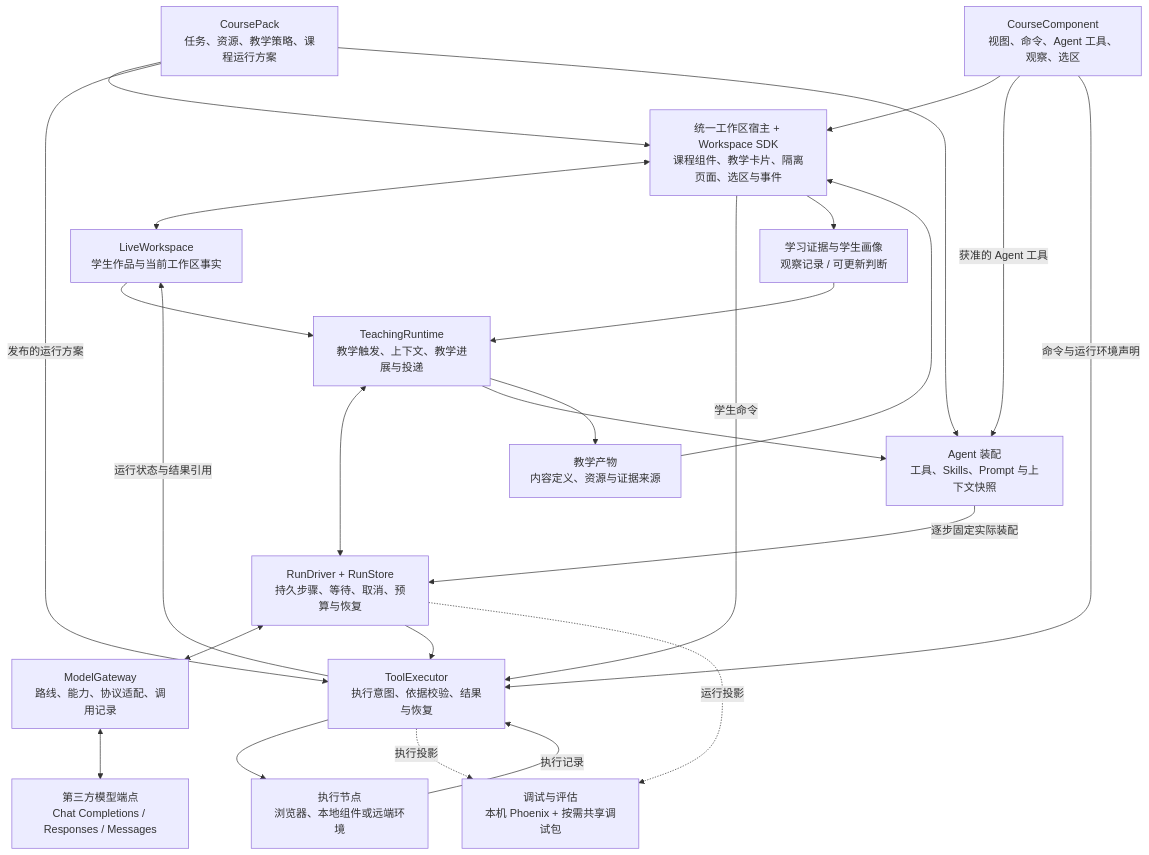
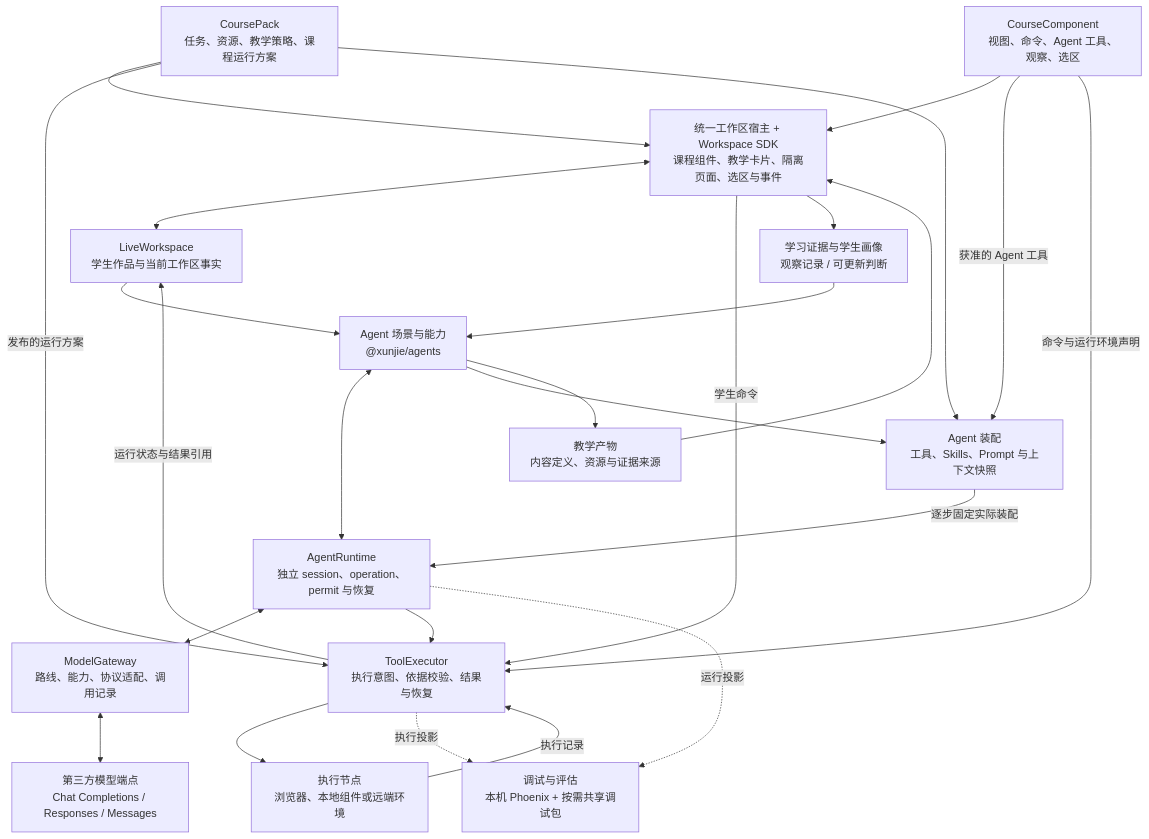
One commit to paher-din/XunJie changed the diagram in docs/student-agent-implementation/student-agent-architecture.md. Above: the diagram before and after it, drawn with Mermaid. The commit also changed other lines of this file and 513 other files, not shown here.

Commit message:
refactor: complete agent runtime migration

````diff
--- a/docs/student-agent-implementation/student-agent-architecture.md
+++ b/docs/student-agent-implementation/student-agent-architecture.md
@@ -35,41 +47,41 @@
 ```mermaid
 flowchart TB
     Pack["CoursePack<br/>任务、资源、教学策略、课程运行方案"]
     Components["CourseComponent<br/>视图、命令、Agent 工具、观察、选区"]
     Host["统一工作区宿主 + Workspace SDK<br/>课程组件、教学卡片、隔离页面、选区与事件"]
     State["LiveWorkspace<br/>学生作品与当前工作区事实"]
-    Runtime["TeachingRuntime<br/>教学触发、上下文、教学进展与投递"]
-    Driver["RunDriver + RunStore<br/>持久步骤、等待、取消、预算与恢复"]
+    Runtime["Agent 场景与能力<br/>@xunjie/agents"]
+    Driver["AgentRuntime<br/>独立 session、operation、permit 与恢复"]
     Assembly["Agent 装配<br/>工具、Skills、Prompt 与上下文快照"]
     Executor["ToolExecutor<br/>执行意图、依据校验、结果与恢复"]
     Nodes["执行节点<br/>浏览器、本地组件或远端环境"]
     Gateway["ModelGateway<br/>路线、能力、协议适配、调用记录"]
     Providers["第三方模型端点<br/>Chat Completions / Responses / Messages"]
     Artifact["教学产物<br/>内容定义、资源与证据来源"]
     Evidence["学习证据与学生画像<br/>观察记录 / 可更新判断"]
     Evaluation["调试与评估<br/>本机 Phoenix + 按需共享调试包"]
     Pack --> Host
     Pack -->|发布的运行方案| Executor
     Components --> Host
     Pack --> Assembly
     Components -->|获准的 Agent 工具| Assembly
     Host <--> State
     State --> Runtime
     Evidence --> Runtime
     Runtime <--> Driver
     Runtime --> Assembly
     Assembly -->|逐步固定实际装配| Driver
     Driver <--> Gateway
     Gateway <--> Providers
     Driver --> Executor
     Host -->|学生命令| Executor
     Components -->|命令与运行环境声明| Executor
     Executor --> Nodes
     Nodes -->|执行记录| Executor
     Executor -->|运行状态与结果引用| State
     Runtime --> Artifact
     Artifact --> Host
     Host --> Evidence
     Driver -.->|运行投影| Evaluation
     Executor -.->|执行投影| Evaluation
 ```
````
